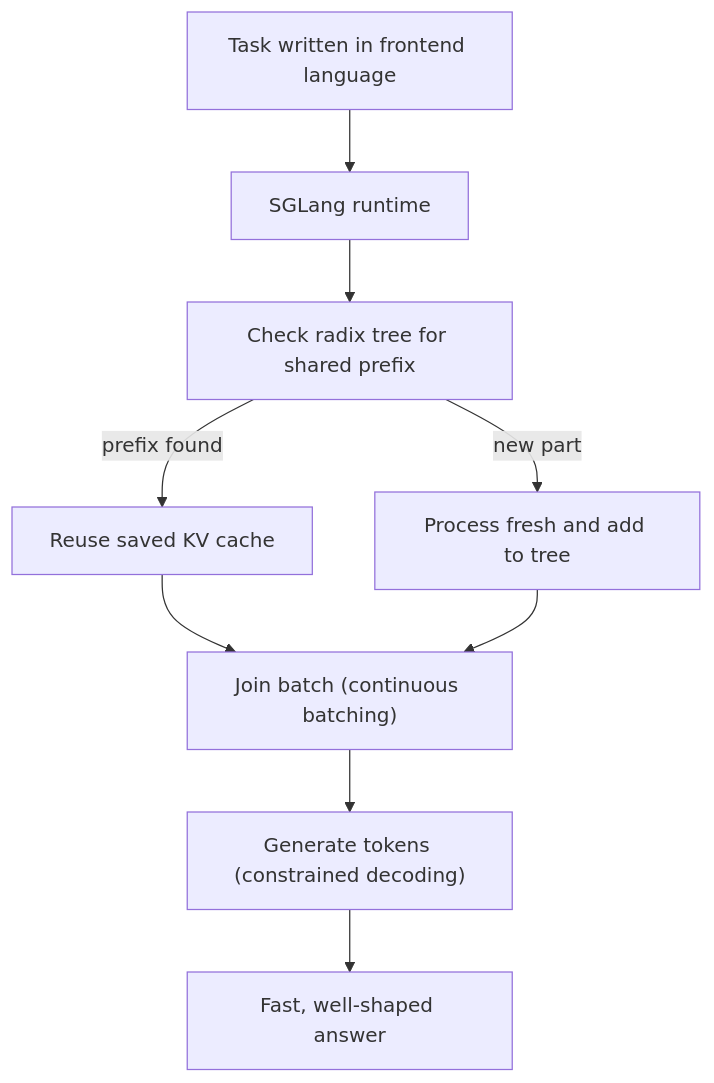
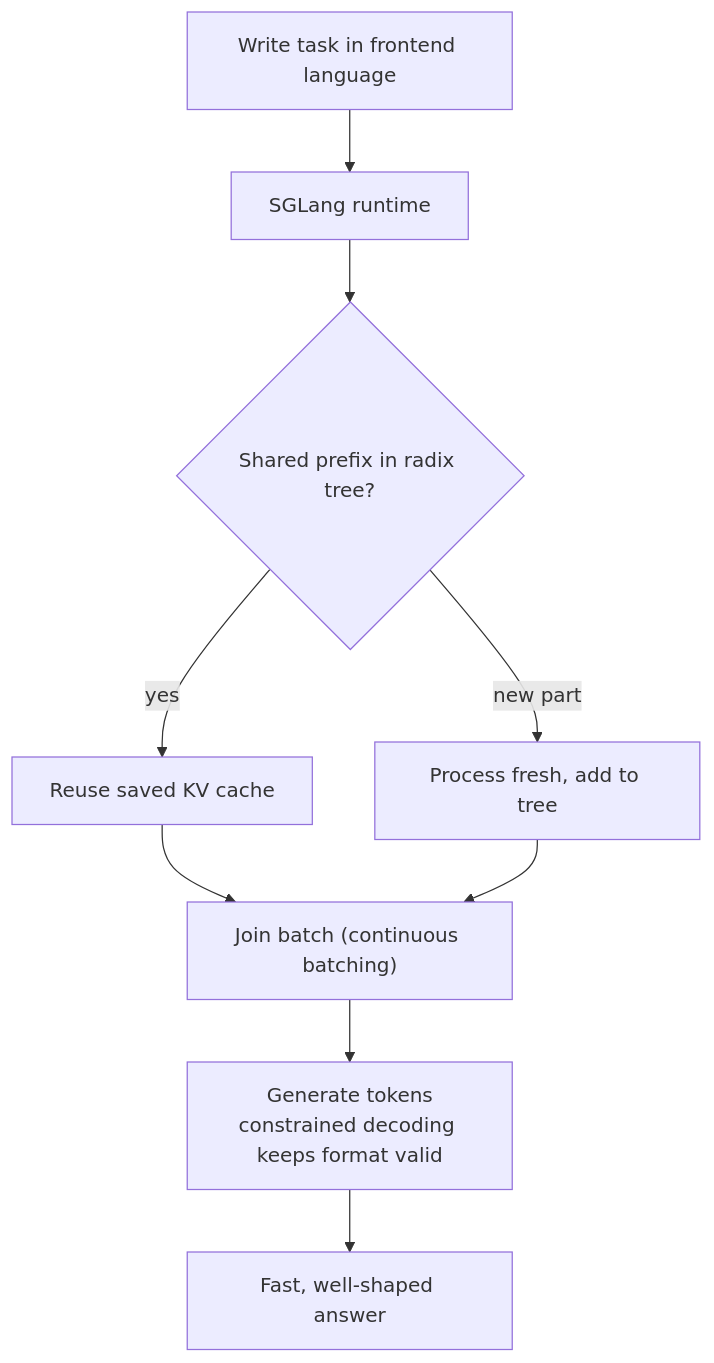
One commit to kaisarnajar/outcome-school-blogs changed the second of 2 diagrams in notes/step-12-llm-inference-engineering/163-how-does-sglang-work.md. Above: the diagram before and after it, drawn with Mermaid. The commit also changed other lines of this file and 233 other files, not shown here.

````diff
--- a/notes/step-12-llm-inference-engineering/163-how-does-sglang-work.md
+++ b/notes/step-12-llm-inference-engineering/163-how-does-sglang-work.md
@@ -47,11 +65,11 @@
 ```mermaid
 flowchart TD
-    A["Task written in frontend language"] --> B["SGLang runtime"]
-    B --> C["Check radix tree for shared prefix"]
-    C -->|"prefix found"| D["Reuse saved KV cache"]
-    C -->|"new part"| E["Process fresh and add to tree"]
-    D --> F["Join batch (continuous batching)"]
-    E --> F
-    F --> G["Generate tokens (constrained decoding)"]
-    G --> H["Fast, well-shaped answer"]
+    E1["Write task in frontend language"] --> E2["SGLang runtime"]
+    E2 --> E3{"Shared prefix in radix tree?"}
+    E3 -->|"yes"| E4["Reuse saved KV cache"]
+    E3 -->|"new part"| E5["Process fresh, add to tree"]
+    E4 --> E6["Join batch (continuous batching)"]
+    E5 --> E6
+    E6 --> E7["Generate tokens<br/>constrained decoding keeps format valid"]
+    E7 --> E8["Fast, well-shaped answer"]
 ```
````
